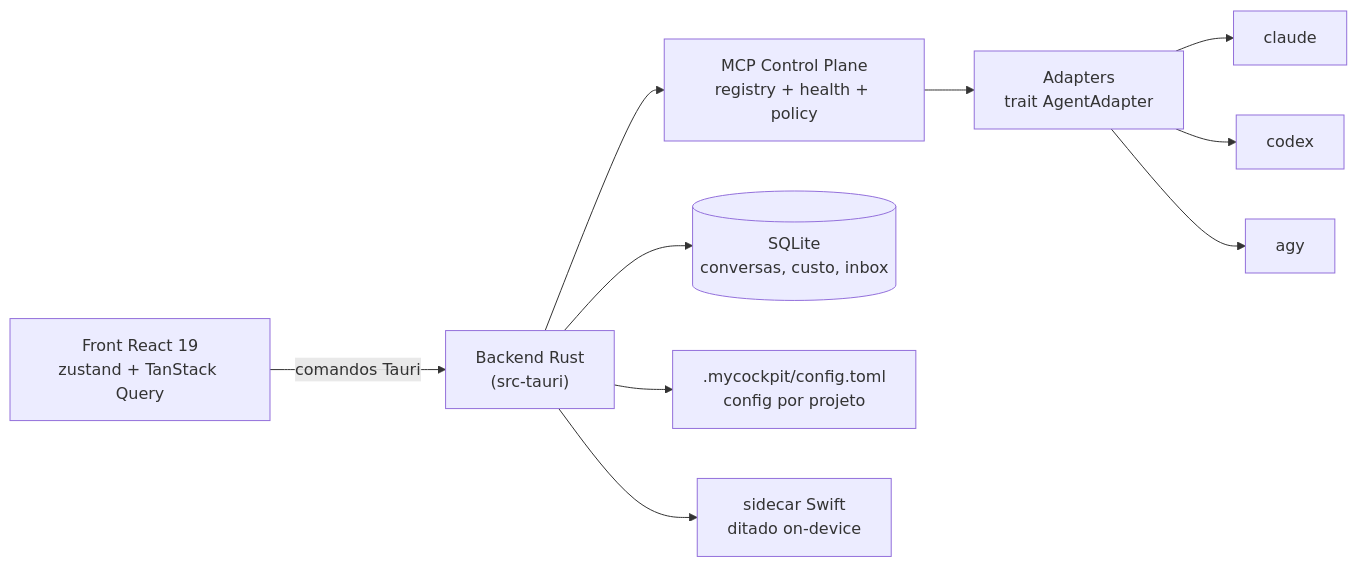
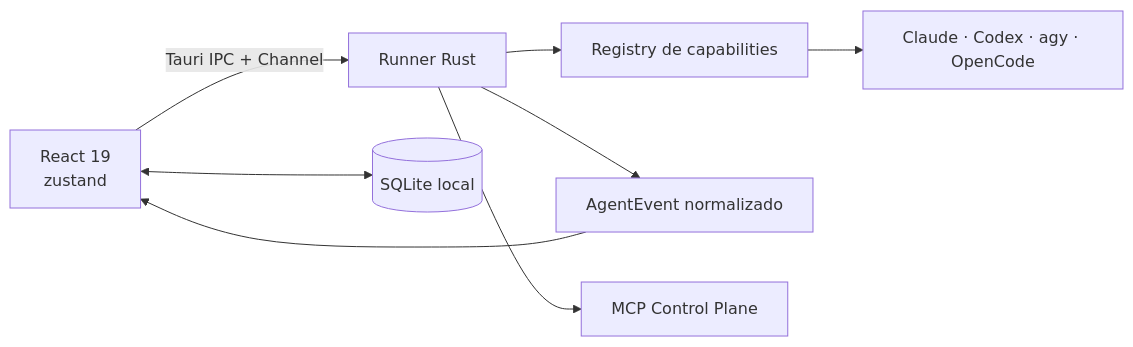
The diagram in README.md (vinicius1209/mycockpit), drawn with Mermaid before and after one commit. The commit also changed other lines of this file and 13 other files, not shown here.

````diff
--- a/README.md
+++ b/README.md
@@ -81,12 +40,10 @@
 ```mermaid
 flowchart LR
-    UI["Front React 19<br/>zustand + TanStack Query"] -->|"comandos Tauri"| RS["Backend Rust<br/>(src-tauri)"]
-    RS --> CP["MCP Control Plane<br/>registry + health + policy"]
-    CP --> AD["Adapters<br/>trait AgentAdapter"]
-    AD --> CC["claude"]
-    AD --> CX["codex"]
-    AD --> AG["agy"]
-    RS --> DB[("SQLite<br/>conversas, custo, inbox")]
-    RS --> CFG[".mycockpit/config.toml<br/>config por projeto"]
-    RS --> STT["sidecar Swift<br/>ditado on-device"]
+    UI["React 19<br/>zustand"] -->|"Tauri IPC + Channel"| RUN["Runner Rust"]
+    RUN --> REG["Registry de capabilities"]
+    REG --> CLIS["Claude · Codex · agy · OpenCode"]
+    RUN --> EVT["AgentEvent normalizado"]
+    EVT --> UI
+    UI <--> DB[("SQLite local")]
+    RUN --> MCP["MCP Control Plane"]
 ```
````
